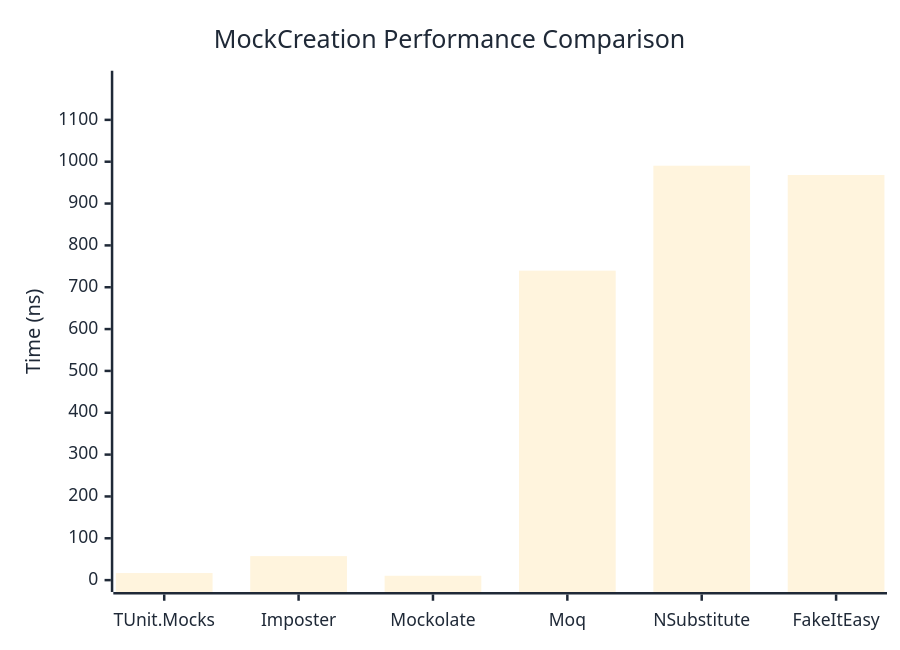
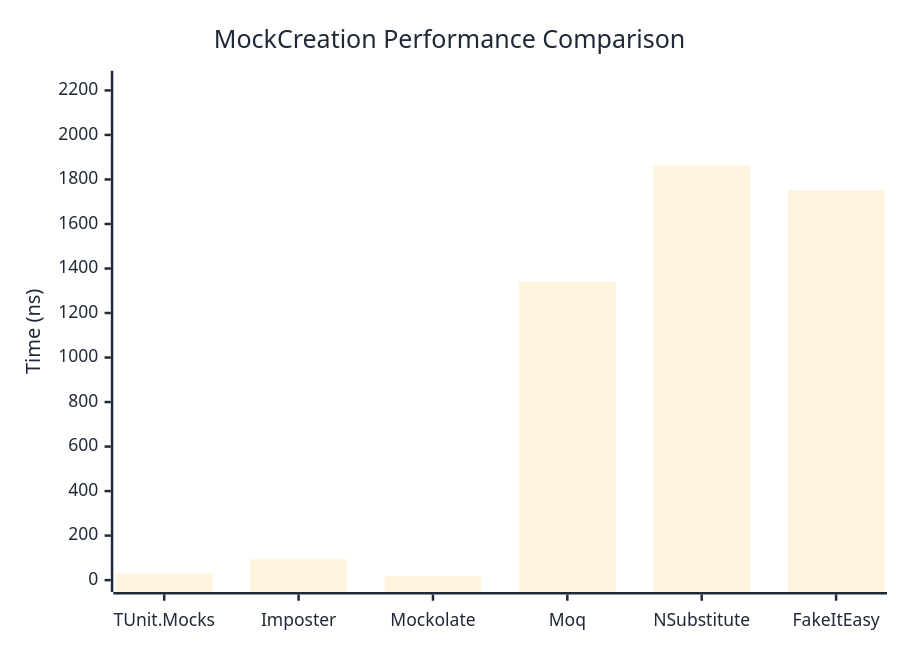
One commit to thomhurst/TUnit changed the first of 2 diagrams in docs/docs/benchmarks/mocks/MockCreation.md. Above: the diagram before and after it, drawn with Mermaid. The commit also changed other lines of this file and 14 other files, not shown here.

````diff
--- a/docs/docs/benchmarks/mocks/MockCreation.md
+++ b/docs/docs/benchmarks/mocks/MockCreation.md
@@ -30,27 +30,27 @@
 ```mermaid
 %%{init: {
   'theme':'base',
   'themeVariables': {
     'primaryColor': '#2563eb',
     'primaryTextColor': '#1f2937',
     'primaryBorderColor': '#1e40af',
     'lineColor': '#6b7280',
     'secondaryColor': '#7c3aed',
     'tertiaryColor': '#dc2626',
     'background': '#ffffff',
     'pie1': '#2563eb',
     'pie2': '#7c3aed',
     'pie3': '#dc2626',
     'pie4': '#f59e0b',
     'pie5': '#10b981',
     'pie6': '#06b6d4',
     'pie7': '#ec4899',
     'pie8': '#6366f1'
   }
 }}%%
 xychart-beta
   title "MockCreation Performance Comparison"
   x-axis ["TUnit.Mocks", "Imposter", "Mockolate", "Moq", "NSubstitute", "FakeItEasy"]
-  y-axis "Time (ns)" 0 --> 1189
-  bar [16.9, 57.38, 10.41, 739.61, 990.42, 968.25]
+  y-axis "Time (ns)" 0 --> 2235
+  bar [29.17, 93.61, 17.94, 1339.91, 1862.12, 1750.91]
 ```
````
